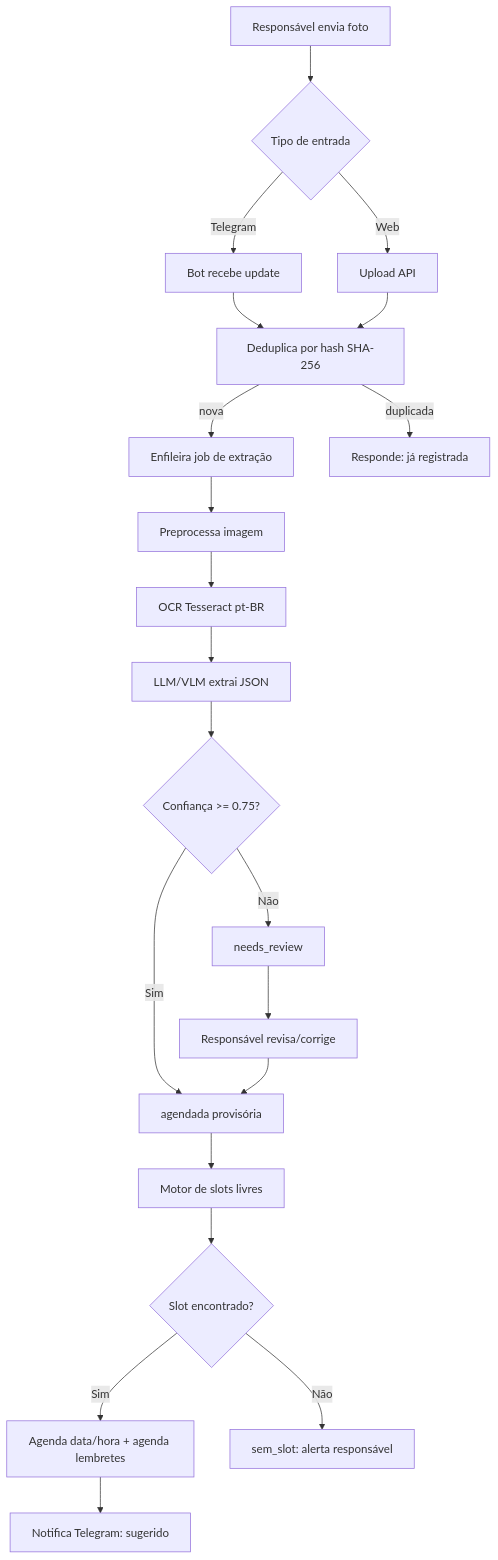
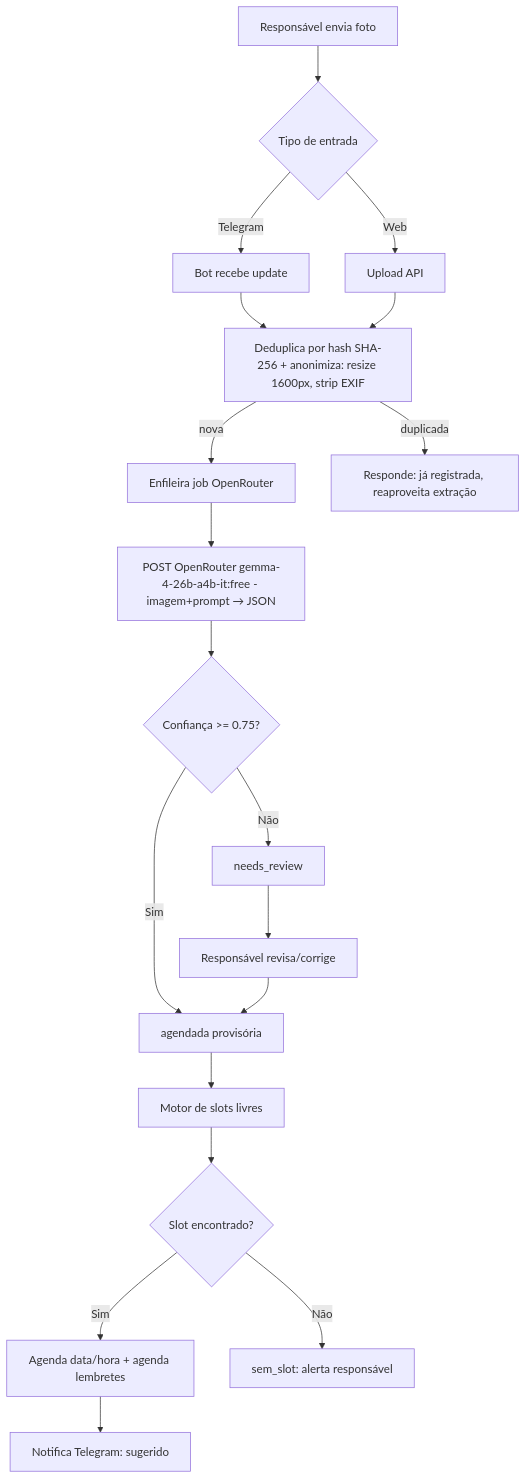
Before and after one commit to elrcosta-lab/hora_da_tarefa: the first of 3 diagrams in PRD.md, drawn with Mermaid. The commit also changed other lines of this file and 14 other files, not shown here.

First line of the commit message:
feat: integrate OpenRouter gemma-4-26b free extraction, replace local VLM

````diff
--- a/PRD.md
+++ b/PRD.md
@@ -427,23 +420,21 @@
 ```mermaid
 flowchart TD
     A[Responsável envia foto] --> B{Tipo de entrada}
     B -->|Telegram| C[Bot recebe update]
     B -->|Web| D[Upload API]
-    C --> E[Deduplica por hash SHA-256]
+    C --> E[Deduplica por hash SHA-256 + anonimiza: resize 1600px, strip EXIF]
     D --> E
-    E -->|nova| F[Enfileira job de extração]
-    E -->|duplicada| Z[Responde: já registrada]
-    F --> G[Preprocessa imagem]
-    G --> H[OCR Tesseract pt-BR]
-    H --> I[LLM/VLM extrai JSON]
-    I --> J{Confiança >= 0.75?}
+    E -->|nova| F[Enfileira job OpenRouter]
+    E -->|duplicada| Z[Responde: já registrada, reaproveita extração]
+    F --> G[POST OpenRouter gemma-4-26b-a4b-it:free - imagem+prompt → JSON]
+    G --> J{Confiança >= 0.75?}
     J -->|Não| K[needs_review]
     J -->|Sim| L[agendada provisória]
     K --> M[Responsável revisa/corrige]
     M --> L
     L --> N[Motor de slots livres]
     N --> O{Slot encontrado?}
     O -->|Sim| P[Agenda data/hora + agenda lembretes]
     O -->|Não| Q[sem_slot: alerta responsável]
     P --> R[Notifica Telegram: sugerido]
 ```
````
